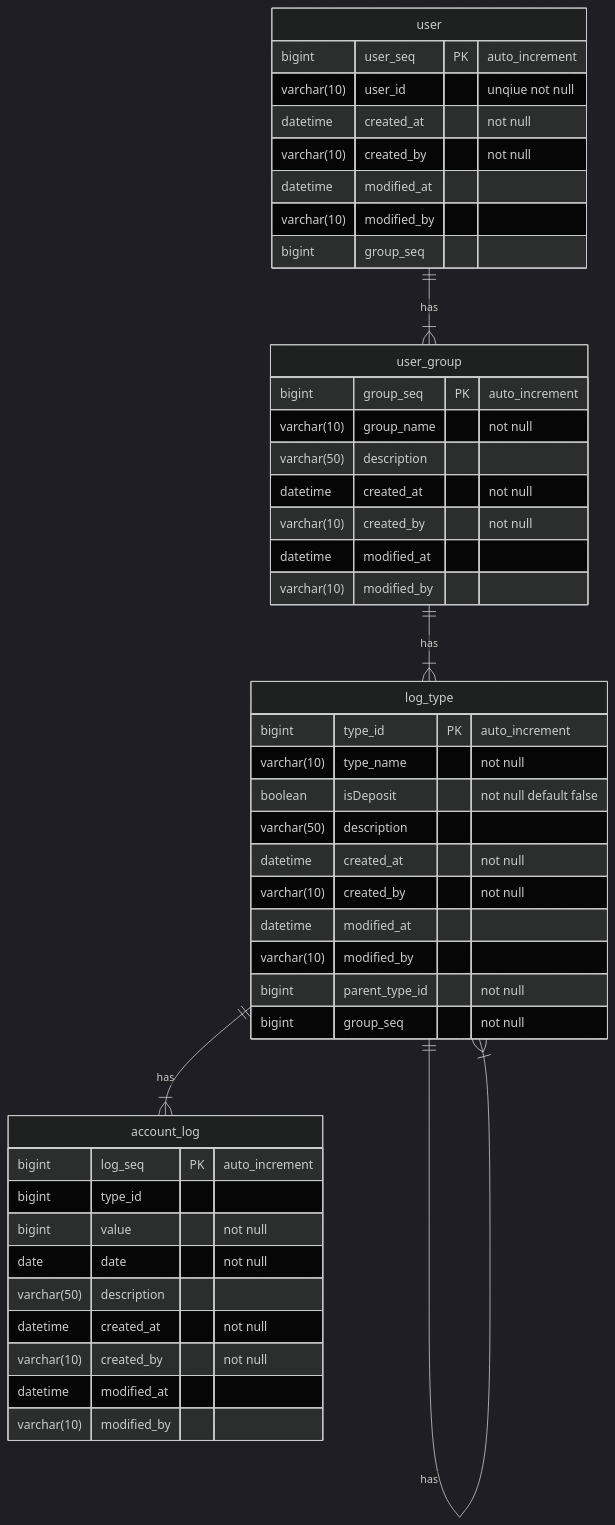
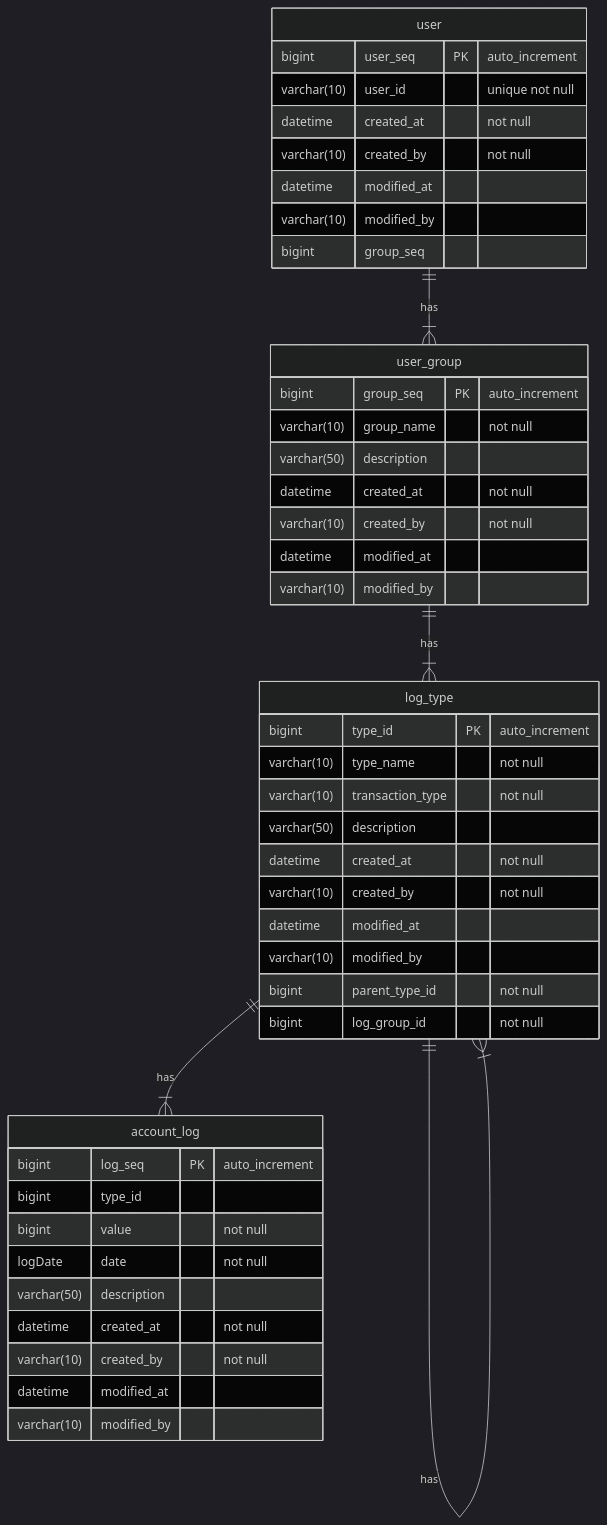
Before and after one commit to SeungHeeNoh/accountBook: the diagram in README.md, drawn with Mermaid (dark theme).

Commit message:
docs : table 정의서 최신화
- isDeposit column을 transaction_type으로 변경
- group_seq 이름을 명확하게 하기 위해 log prefix 추가
- date 키워드가 겹치기 때문에 date컬럼을 logDate컬럼명으로 변경

#11

````diff
--- a/README.md
+++ b/README.md
@@ -11,49 +11,49 @@
 ```mermaid
 erDiagram
     user ||--|{ user_group : has
     user_group ||--|{ log_type : has
     log_type ||--|{ log_type : has
     log_type ||--|{ account_log : has
     user {
         bigint user_seq PK "auto_increment"
-        varchar(10) user_id "unqiue not null"
+        varchar(10) user_id "unique not null"
         datetime created_at "not null"
         varchar(10) created_by "not null"
         datetime modified_at
         varchar(10) modified_by
         bigint group_seq
     }
     user_group {
         bigint group_seq PK "auto_increment"
         varchar(10) group_name "not null"
         varchar(50) description
         datetime created_at "not null"
         varchar(10) created_by "not null"
         datetime modified_at
         varchar(10) modified_by
     }
     log_type {
         bigint type_id PK "auto_increment"
         varchar(10) type_name "not null"
-        boolean isDeposit "not null default false"
+        varchar(10) transaction_type "not null"
         varchar(50) description
         datetime created_at "not null"
         varchar(10) created_by "not null"
         datetime modified_at
         varchar(10) modified_by
         bigint parent_type_id "not null"
-        bigint group_seq "not null"
+        bigint log_group_id "not null"
     }
     account_log {
         bigint log_seq PK "auto_increment"
         bigint type_id
         bigint value "not null"
-        date date "not null"
+        logDate date "not null"
         varchar(50) description
         datetime created_at "not null"
         varchar(10) created_by "not null"
         datetime modified_at
         varchar(10) modified_by
     }
 
 ```
````
